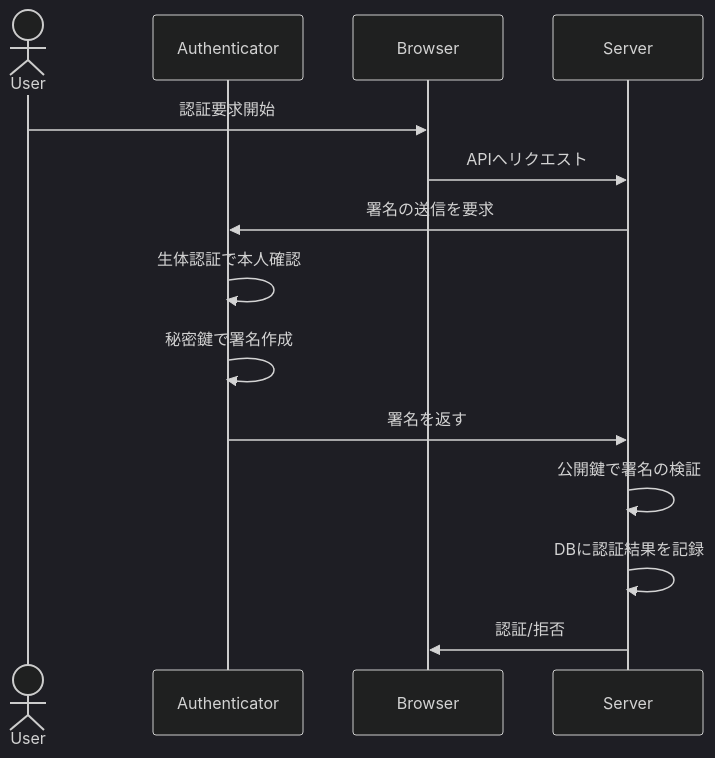
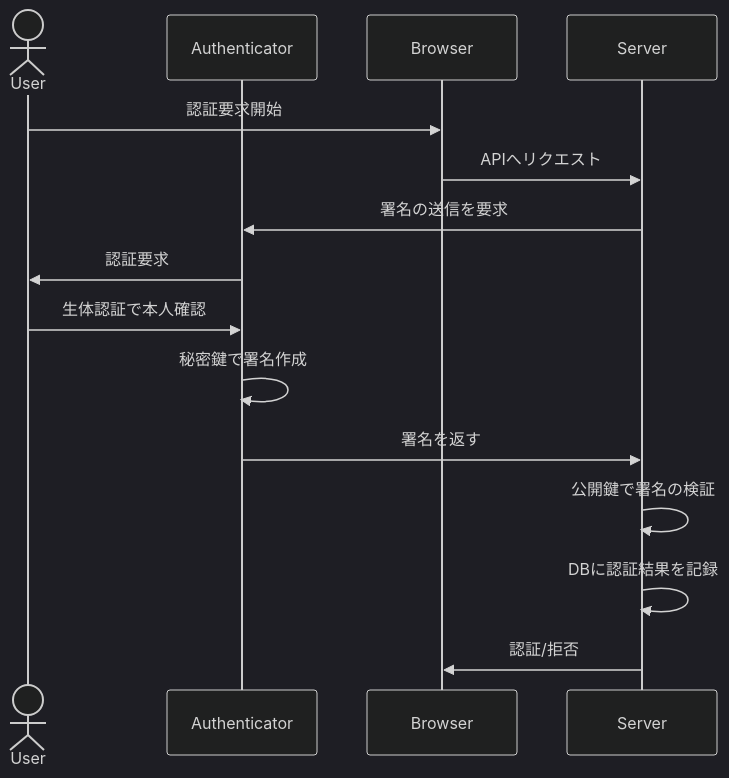
One commit to tttol/zenigame-gen2 changed the second of 2 diagrams in docs/WebAuthn.md. Above: the diagram before and after it, drawn with Mermaid (dark theme). The commit also changed other lines of this file, not shown here.

````diff
--- a/docs/WebAuthn.md
+++ b/docs/WebAuthn.md
@@ -24,17 +29,18 @@
 ```mermaid
 sequenceDiagram
     actor User
     participant Authenticator
     participant Browser
     participant Server
 
     User->>Browser: 認証要求開始
     Browser->>Server: APIへリクエスト
     Server->>Authenticator: 署名の送信を要求
-    Authenticator->>Authenticator: 生体認証で本人確認
+    Authenticator->>User: 認証要求
+    User->>Authenticator: 生体認証で本人確認
     Authenticator->>Authenticator: 秘密鍵で署名作成
     Authenticator->>Server: 署名を返す
     Server->>Server: 公開鍵で署名の検証
     Server->>Server: DBに認証結果を記録
     Server->>Browser: 認証/拒否
 ```
````
